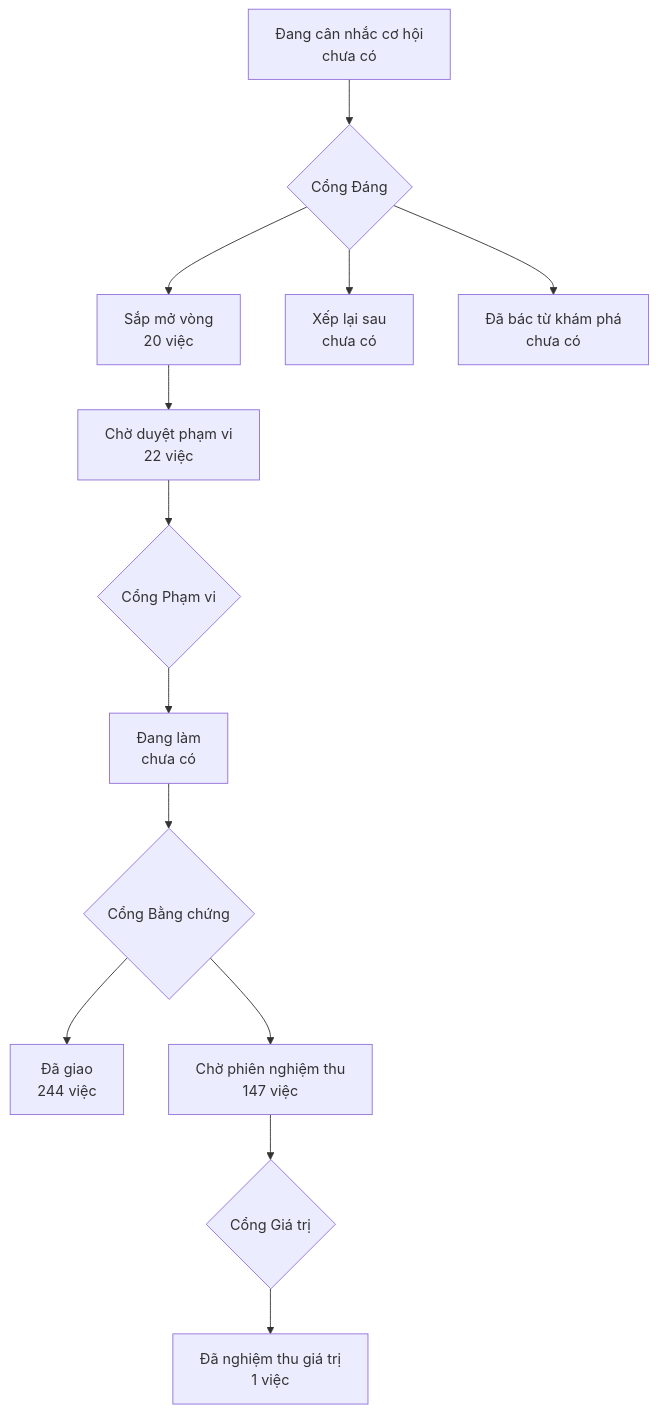
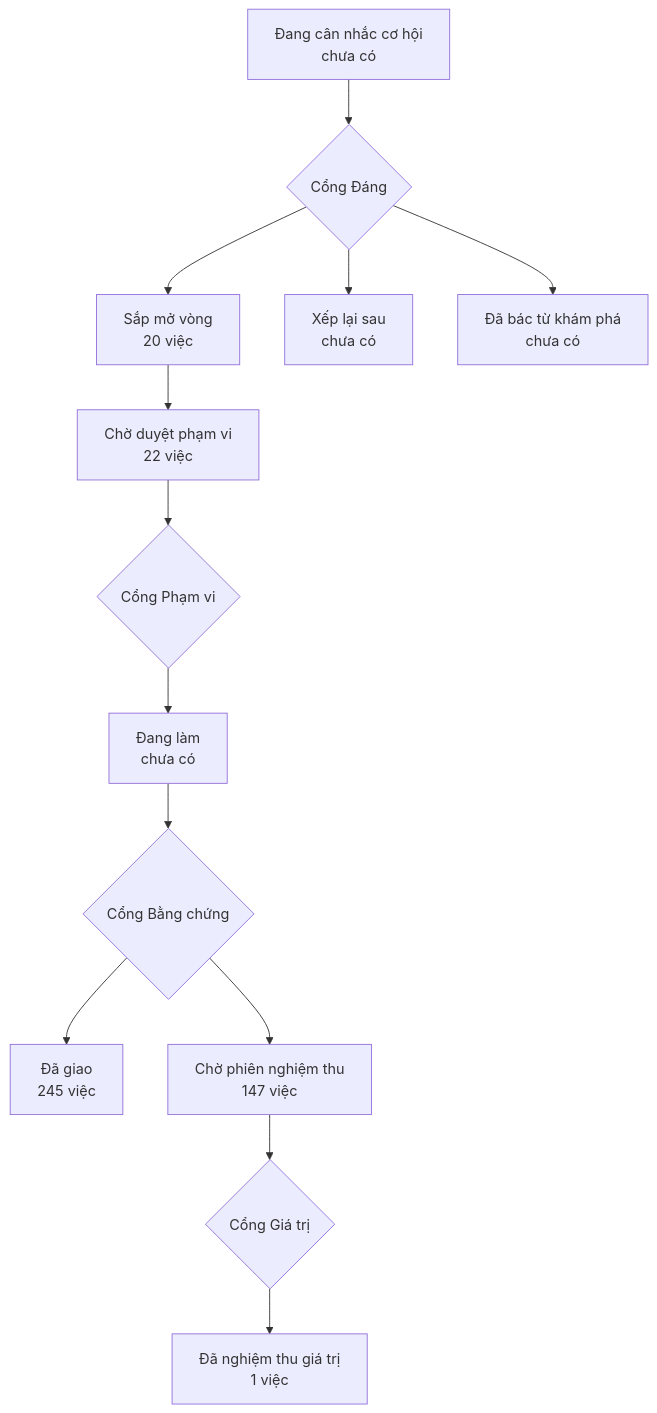
The diagram in PRODUCT-MAP.md (phanlemanh/onehub-invest), drawn with Mermaid before and after one commit. The commit also changed other lines of this file and 1 other file, not shown here.

Commit message:
chore(map): vẽ lại bản đồ sau gộp main 30c13f6e0

````diff
--- a/PRODUCT-MAP.md
+++ b/PRODUCT-MAP.md
@@ -7,12 +7,12 @@
 ```mermaid
 flowchart TD
   A["Đang cân nhắc cơ hội<br/>chưa có"] --> GD{"Cổng Đáng"}
   GD --> B["Sắp mở vòng<br/>20 việc"]
   GD --> XL["Xếp lại sau<br/>chưa có"]
   GD --> DB["Đã bác từ khám phá<br/>chưa có"]
   B --> CD["Chờ duyệt phạm vi<br/>22 việc"] --> GP{"Cổng Phạm vi"}
   GP --> DL["Đang làm<br/>chưa có"] --> GB{"Cổng Bằng chứng"}
-  GB --> DG["Đã giao<br/>244 việc"]
+  GB --> DG["Đã giao<br/>245 việc"]
   GB --> CN["Chờ phiên nghiệm thu<br/>147 việc"] --> GG{"Cổng Giá trị"}
   GG --> NT["Đã nghiệm thu giá trị<br/>1 việc"]
 ```
````
